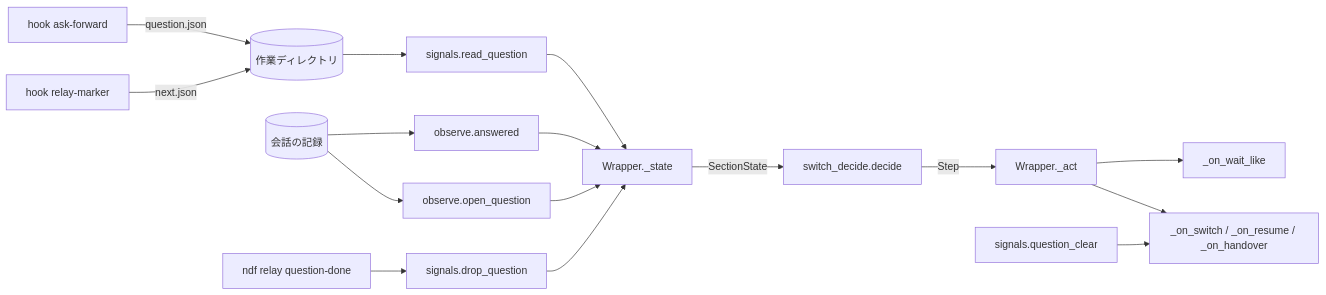
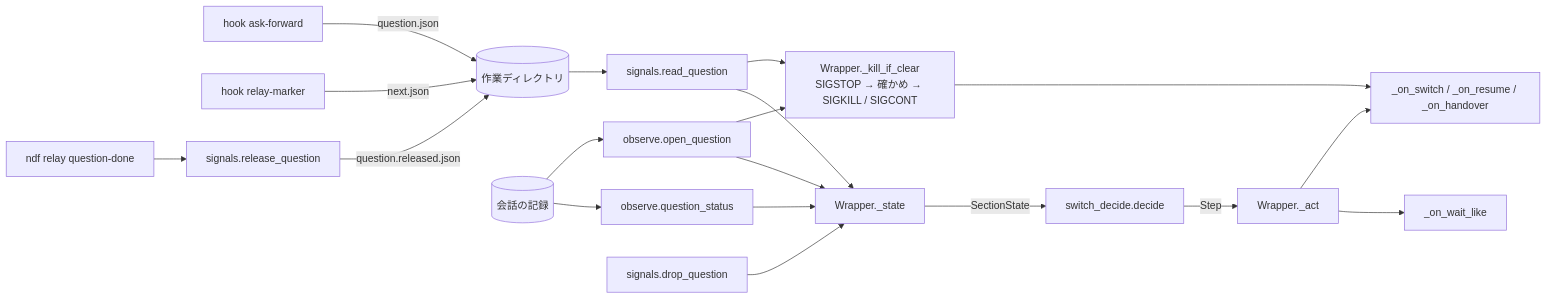
One commit to devbasex/ai-plugins changed the third of 4 diagrams in issues/issue-3814-design.md. Above: the diagram before and after it, drawn with Mermaid. The commit also changed other lines of this file and 2 other files, not shown here.

````diff
--- a/issues/issue-3814-design.md
+++ b/issues/issue-3814-design.md
@@ -98,15 +105,17 @@
 ```mermaid
 flowchart LR
   H1[hook ask-forward] -->|question.json| SIG[(作業ディレクトリ)]
   H2[hook relay-marker] -->|next.json| SIG
   SIG --> RQ[signals.read_question] --> ST[Wrapper._state]
-  TR[(会話の記録)] --> OB[observe.answered] --> ST
+  TR[(会話の記録)] --> OB[observe.question_status] --> ST
   TR --> OQ[observe.open_question] --> ST
   ST -->|SectionState| D[switch_decide.decide]
   D -->|Step| ACT[Wrapper._act]
   ACT --> FW[_on_wait_like]
   ACT --> SW[_on_switch / _on_resume / _on_handover]
-  QC[signals.question_clear] --> SW
+  KC[Wrapper._kill_if_clear<br/>SIGSTOP → 確かめ → SIGKILL / SIGCONT] --> SW
+  RQ --> KC
+  OQ --> KC
   DQ[signals.drop_question] --> ST
-  QD[ndf relay question-done] --> DQ
+  QD[ndf relay question-done] --> RL[signals.release_question] -->|question.released.json| SIG
 ```
````
